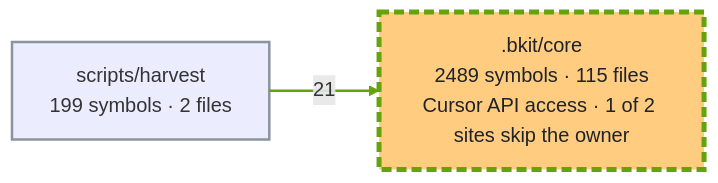
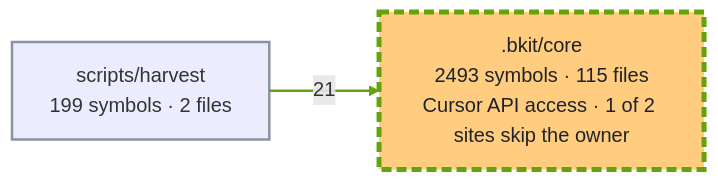
One commit to cbartens/bkit changed the second of 3 diagrams in docs/capabilities.md. Above: the diagram before and after it, drawn with Mermaid. The commit also changed other lines of this file, not shown here.

````diff
--- a/docs/capabilities.md
+++ b/docs/capabilities.md
@@ -169,16 +169,16 @@
 ```mermaid
 ---
 config:
   layout: elk
   flowchart:
     useMaxWidth: false
 ---
 flowchart LR
-  %% Generated by bkit-graphify-rollup.py from 9696a839f7f666a933e202252479d645064fbb26 — do not edit
-  n_bkit_core[".bkit/core<br/>2489 symbols · 115 files<br/>Cursor API access · 1 of 2 sites skip the owner"]
+  %% Generated by bkit-graphify-rollup.py from f768ce0370e58c77210f3638467992bd9acba296 — do not edit
+  n_bkit_core[".bkit/core<br/>2493 symbols · 115 files<br/>Cursor API access · 1 of 2 sites skip the owner"]
   nscripts_harvest["scripts/harvest<br/>199 symbols · 2 files"]
   nscripts_harvest -->|21| n_bkit_core
   style n_bkit_core stroke:#65a30d,stroke-width:4px,stroke-dasharray:8 4,fill:#ffcc80,color:#1f2328
   style nscripts_harvest stroke:#8b949e,stroke-width:2px
   linkStyle 0 stroke:#65a30d,stroke-width:2px
 ```
````
